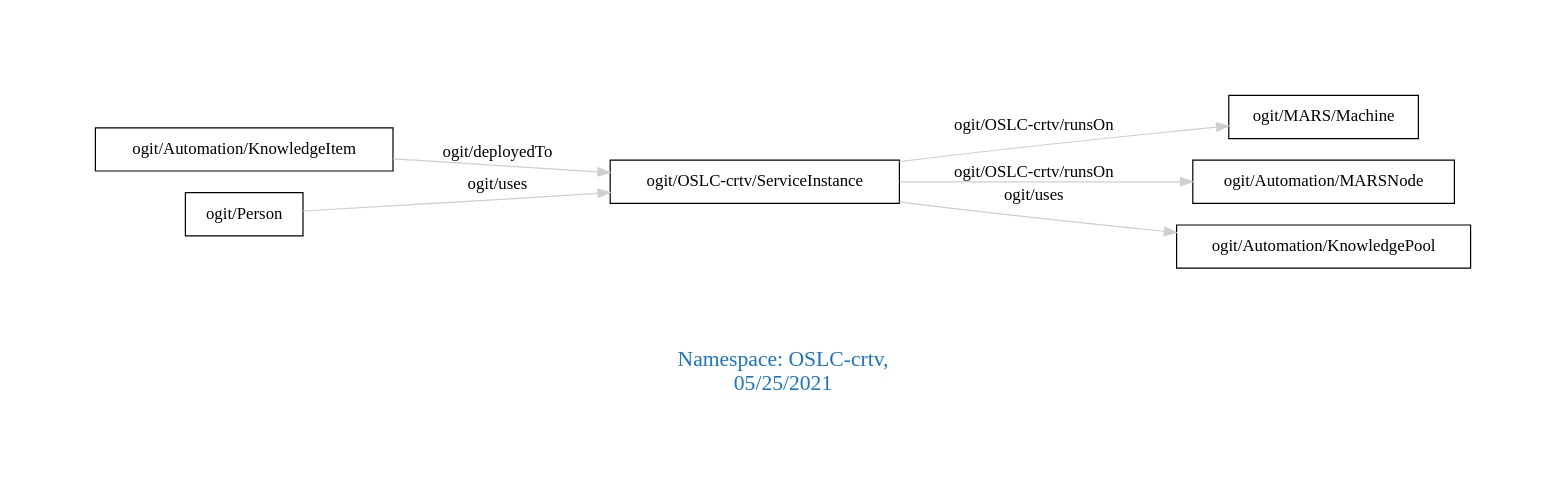
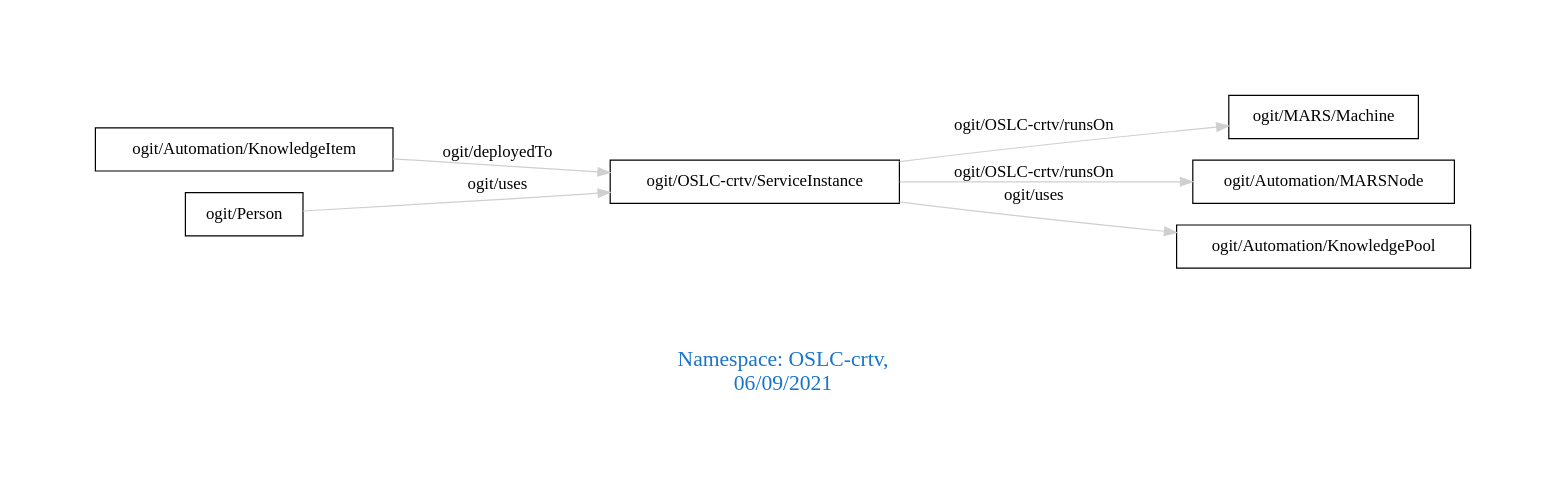
The diagram in downloads/OSLC-crtv.dot (arago/OGIT), drawn with Graphviz before and after one commit. The commit also changed 1909 other files, not shown here.

```diff
--- a/downloads/OSLC-crtv.dot
+++ b/downloads/OSLC-crtv.dot
@@ -1,13 +1,13 @@
 digraph OGIT_ontology {
  graph [ rankdir= LR,pad=1 
 fontsize = 18,
-fontcolor= dodgerblue3,label = "\n\n\nNamespace: OSLC-crtv, \n 05/25/2021"];
+fontcolor= dodgerblue3,label = "\n\n\nNamespace: OSLC-crtv, \n 06/09/2021"];
 node[shape=polygon];
 edge [  color="gray81"];
 
    "ogit/Automation/KnowledgeItem" -> "ogit/OSLC-crtv/ServiceInstance" [label="   ogit/deployedTo    "];
    "ogit/OSLC-crtv/ServiceInstance" -> "ogit/MARS/Machine" [label="   ogit/OSLC-crtv/runsOn    "];
    "ogit/OSLC-crtv/ServiceInstance" -> "ogit/Automation/MARSNode" [label="   ogit/OSLC-crtv/runsOn    "];
    "ogit/OSLC-crtv/ServiceInstance" -> "ogit/Automation/KnowledgePool" [label="   ogit/uses    "];
    "ogit/Person" -> "ogit/OSLC-crtv/ServiceInstance" [label="   ogit/uses    "];
 }
```
